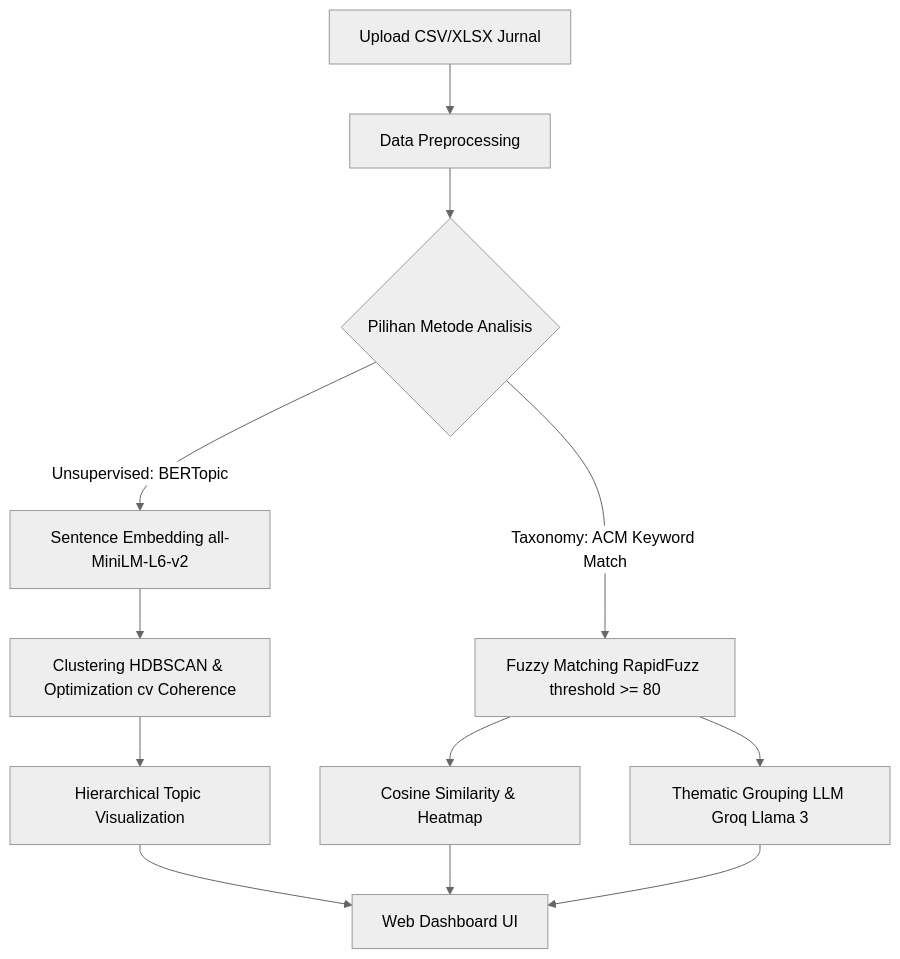
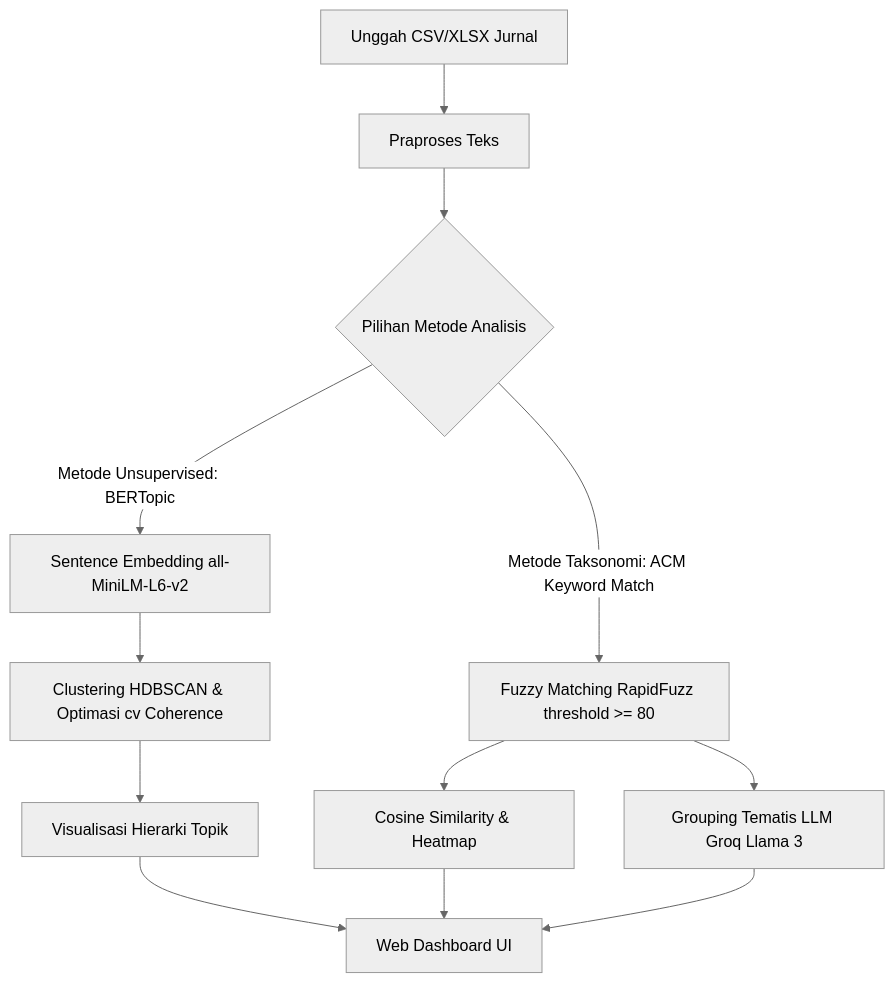
The diagram in README.md (Lutfiaaisyah/RI), drawn with Mermaid (neutral theme) before and after one commit. The commit also changed other lines of this file, not shown here.

````diff
--- a/README.md
+++ b/README.md
@@ -39,17 +39,17 @@
 ```mermaid
 graph TD
-    A[Upload CSV/XLSX Jurnal] --> B[Data Preprocessing]
+    A[Unggah CSV/XLSX Jurnal] --> B[Praproses Teks]
     B --> C{Pilihan Metode Analisis}
     
-    C -->|Unsupervised: BERTopic| D[Sentence Embedding all-MiniLM-L6-v2]
-    D --> E[Clustering HDBSCAN & Optimization cv Coherence]
-    E --> F[Hierarchical Topic Visualization]
+    C -->|Metode Unsupervised: BERTopic| D[Sentence Embedding all-MiniLM-L6-v2]
+    D --> E[Clustering HDBSCAN & Optimasi cv Coherence]
+    E --> F[Visualisasi Hierarki Topik]
     
-    C -->|Taxonomy: ACM Keyword Match| G[Fuzzy Matching RapidFuzz threshold >= 80]
+    C -->|Metode Taksonomi: ACM Keyword Match| G[Fuzzy Matching RapidFuzz threshold >= 80]
     G --> H[Cosine Similarity & Heatmap]
-    G --> I[Thematic Grouping LLM Groq Llama 3]
+    G --> I[Grouping Tematis LLM Groq Llama 3]
     
     F --> J[Web Dashboard UI]
     H --> J
     I --> J
 ```
````
